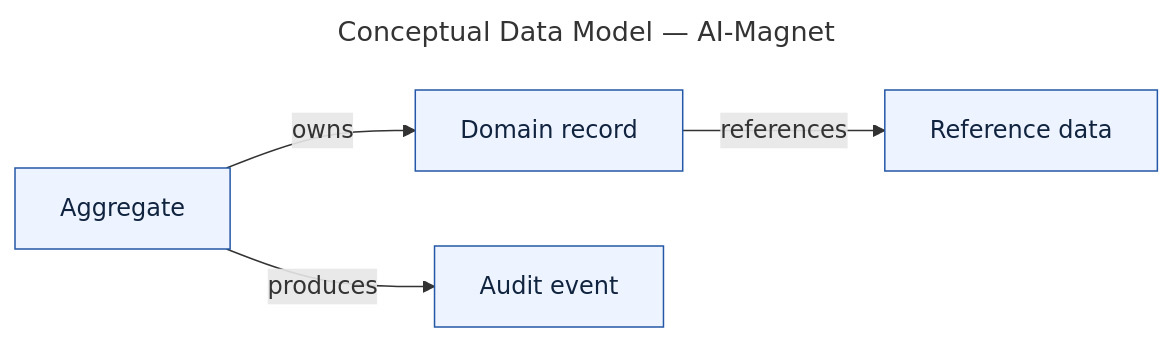
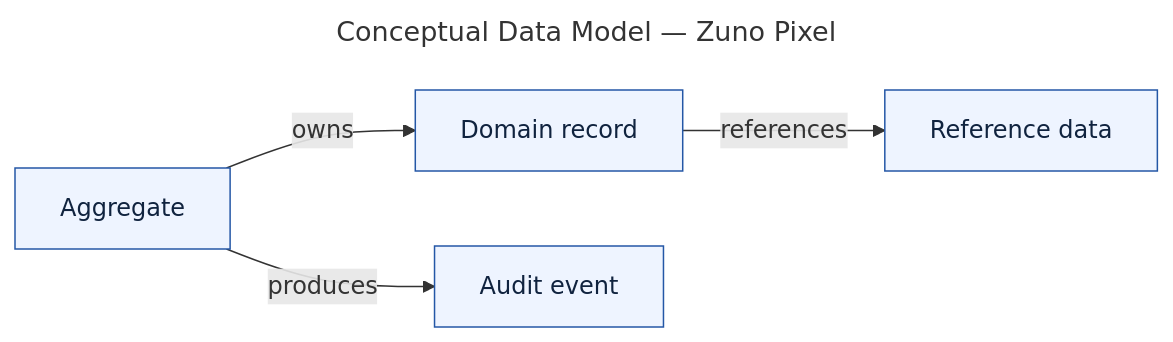
One commit to Tauhid-dev/Brand-website changed the diagram in planning/architecture/diagrams/erd.mmd. Above: the diagram before and after it, drawn with Mermaid. The commit also changed 73 other files, not shown here.

Commit message:
feat(brand): complete Zuno Pixel phase 1

```diff
--- a/planning/architecture/diagrams/erd.mmd
+++ b/planning/architecture/diagrams/erd.mmd
@@ -1,13 +1,13 @@
 ---
-title: "Conceptual Data Model — AI-Magnet"
+title: "Conceptual Data Model — Zuno Pixel"
 ---
 flowchart LR
     aggregate["Aggregate"]
     record["Domain record"]
     event["Audit event"]
     reference["Reference data"]
     aggregate -->|"owns"| record
     aggregate -->|"produces"| event
     record -->|"references"| reference
     classDef genesis fill:#eef4ff,stroke:#2457a6,color:#10233f
     class aggregate,record,event,reference genesis
```
